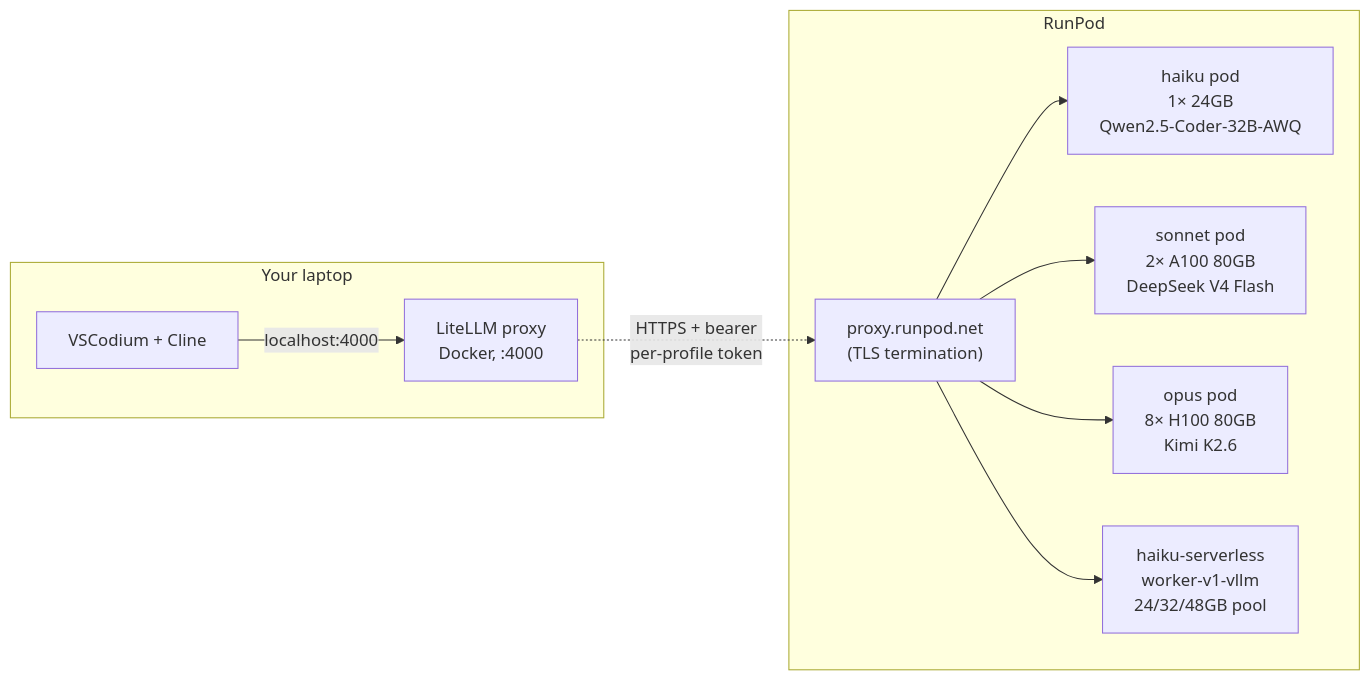
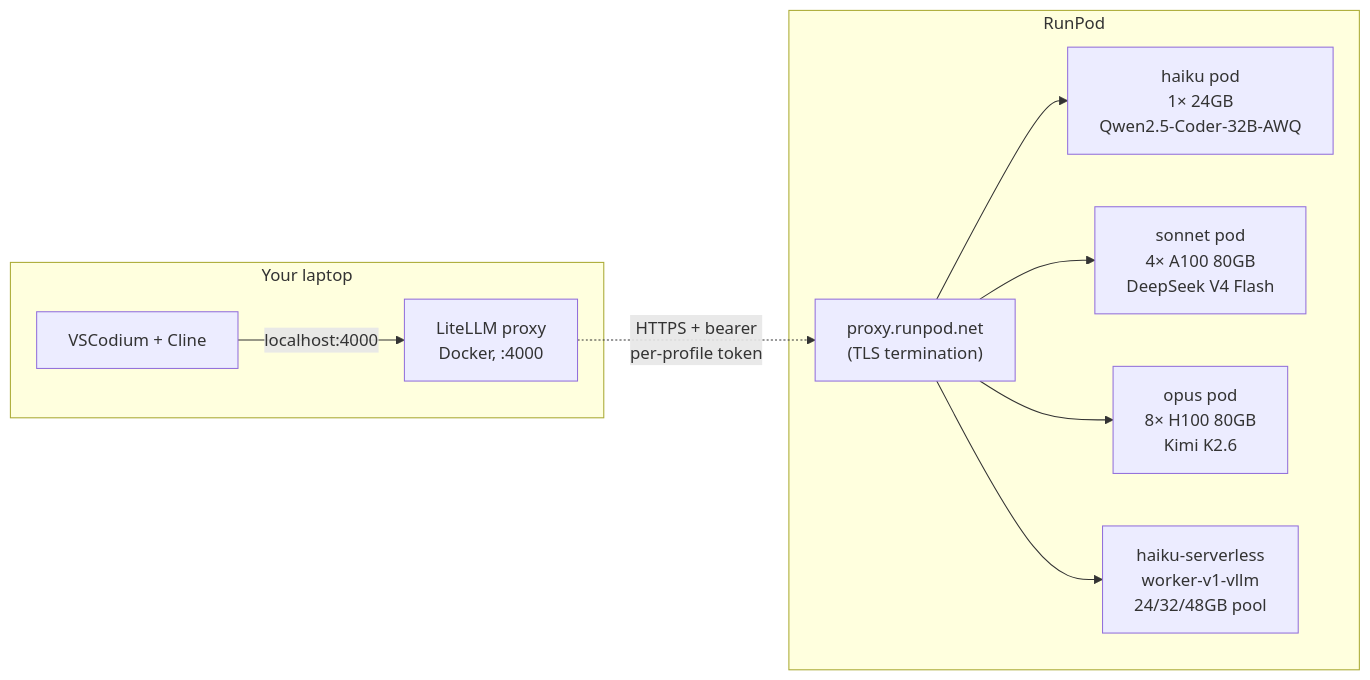
Before and after one commit to dealright/zdr-coder: the diagram in README.md, drawn with Mermaid. The commit also changed other lines of this file and 1 other file, not shown here.

First line of the commit message:
fix(sizing): right-size sonnet/opus GPU shapes to fit the actual models

````diff
--- a/README.md
+++ b/README.md
@@ -23,16 +25,16 @@
 ```mermaid
 flowchart LR
     subgraph laptop["Your laptop"]
         Cline["VSCodium + Cline"]
         LiteLLM["LiteLLM proxy<br/>Docker, :4000"]
         Cline -->|"localhost:4000"| LiteLLM
     end
     LiteLLM -.->|"HTTPS + bearer<br/>per-profile token"| Proxy
     subgraph rp["RunPod"]
         Proxy["proxy.runpod.net<br/>(TLS termination)"]
         Proxy --> GPUH["haiku pod<br/>1× 24GB<br/>Qwen2.5-Coder-32B-AWQ"]
-        Proxy --> GPUS["sonnet pod<br/>2× A100 80GB<br/>DeepSeek V4 Flash"]
+        Proxy --> GPUS["sonnet pod<br/>4× A100 80GB<br/>DeepSeek V4 Flash"]
         Proxy --> GPUO["opus pod<br/>8× H100 80GB<br/>Kimi K2.6"]
         Proxy --> SLS["haiku-serverless<br/>worker-v1-vllm<br/>24/32/48GB pool"]
     end
 ```
````
